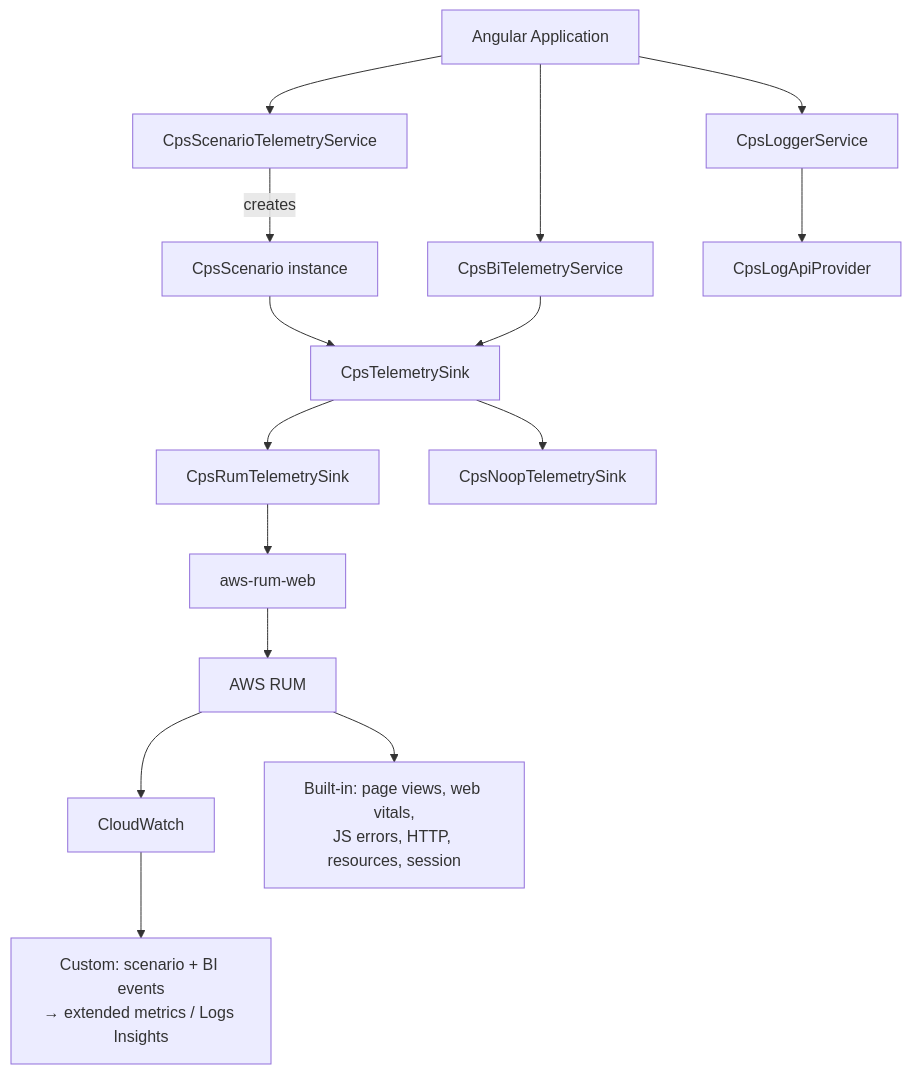
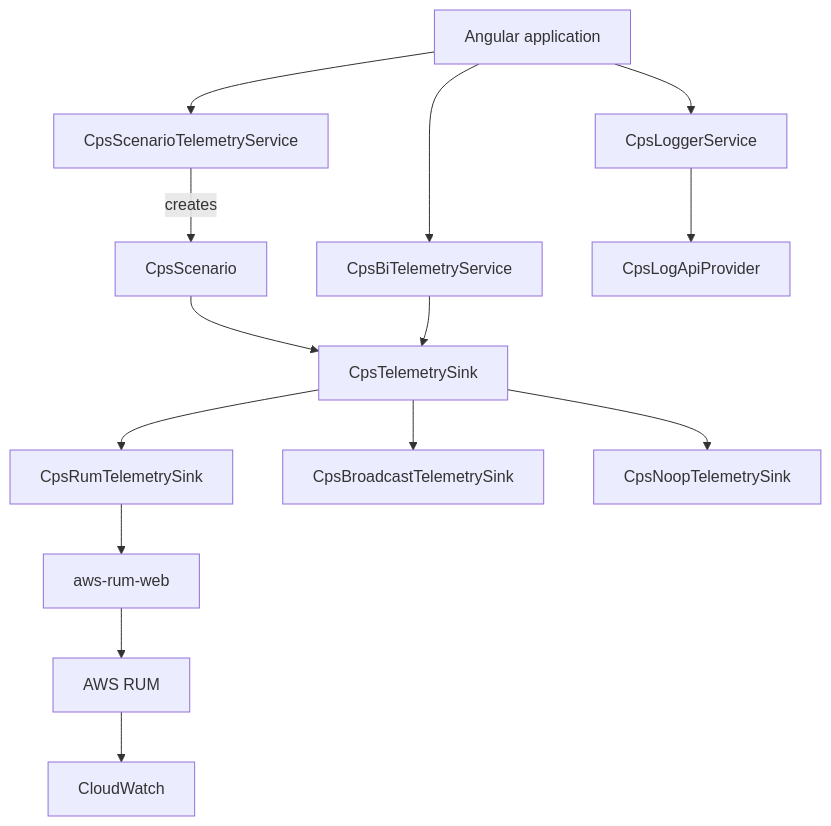
Before and after one commit to AbsaOSS/cps-shared-ui: the first of 4 diagrams in projects/cps-telemetry/DESIGN.md, drawn with Mermaid. The commit also changed other lines of this file and 15 other files, not shown here.

````diff
--- a/projects/cps-telemetry/DESIGN.md
+++ b/projects/cps-telemetry/DESIGN.md
@@ -54,25 +53,22 @@
 ```mermaid
 flowchart TD
-    A[Angular Application]
+    A[Angular application]
 
     A --> B[CpsLoggerService]
     A --> C[CpsScenarioTelemetryService]
     A --> D[CpsBiTelemetryService]
 
-    C -->|creates| C2[CpsScenario instance]
+    C -->|creates| C2[CpsScenario]
 
     B --> E[CpsLogApiProvider]
 
     C2 --> G[CpsTelemetrySink]
     D --> G
     G --> G1[CpsRumTelemetrySink]
-    G --> G2[CpsNoopTelemetrySink]
+    G --> G2[CpsBroadcastTelemetrySink]
+    G --> G3[CpsNoopTelemetrySink]
 
     G1 --> H[aws-rum-web]
     H --> I[AWS RUM]
     I --> J[CloudWatch]
-
-    I --> K[Built-in: page views, web vitals,<br/>JS errors, HTTP, resources, session]
-    J --> L[Custom: scenario + BI events<br/>→ extended metrics / Logs Insights]
-
 ```
````
